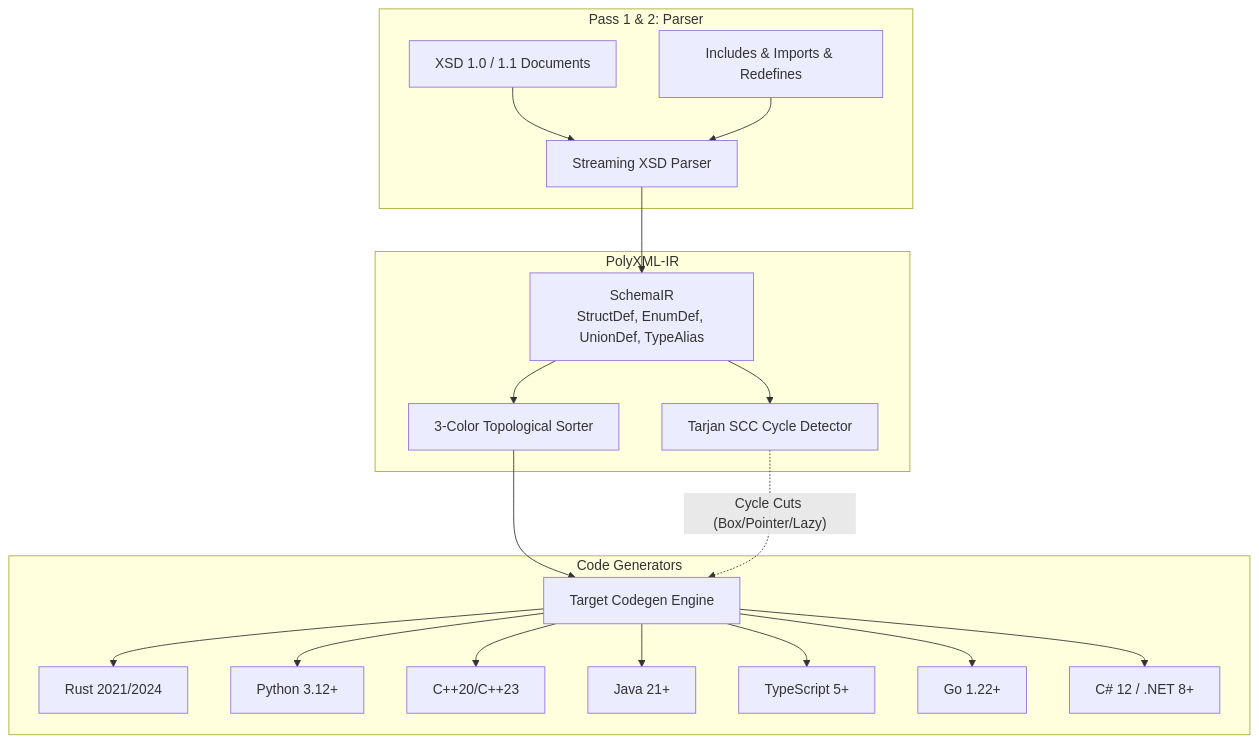
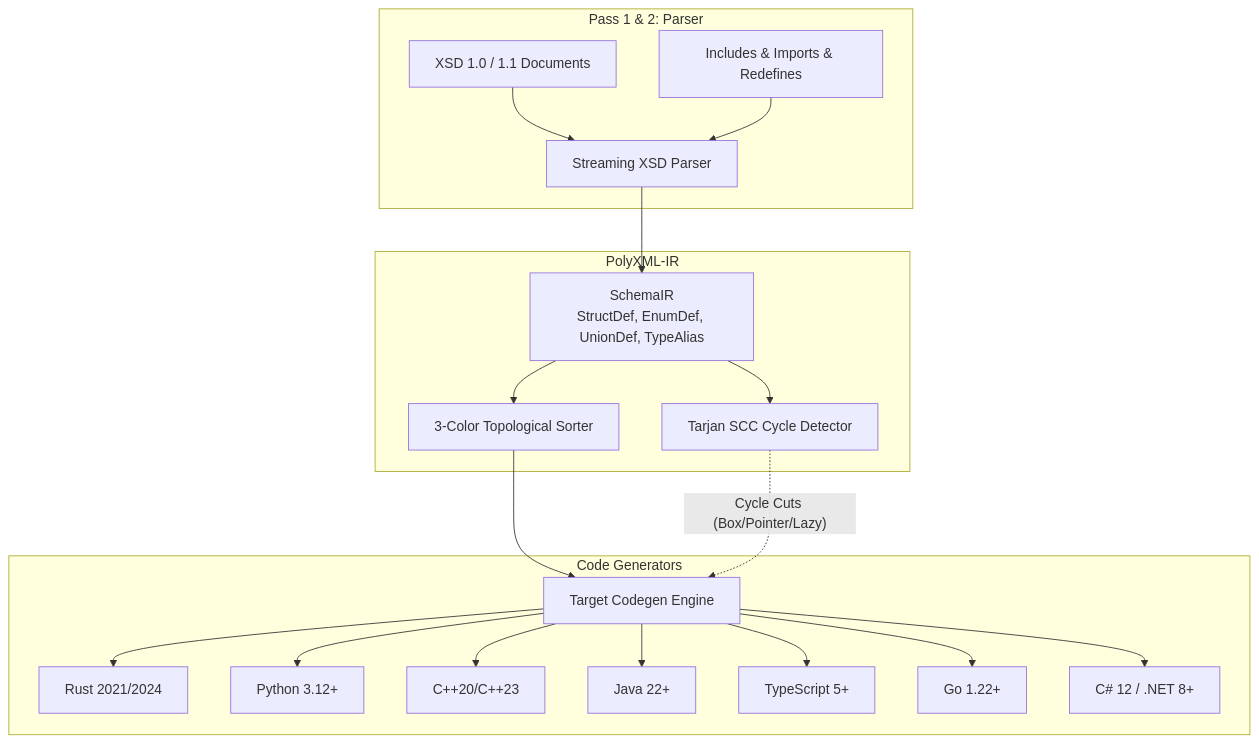
Before and after one commit to nth-bailey/PolyXML: the third of 3 diagrams in docs/architecture.md, drawn with Mermaid. The commit also changed 16 other files, not shown here.

````diff
--- a/docs/architecture.md
+++ b/docs/architecture.md
@@ -75,25 +75,25 @@
 ```mermaid
 flowchart TD
     subgraph Frontend [Pass 1 & 2: Parser]
         XSD[XSD 1.0 / 1.1 Documents] --> PARSER[Streaming XSD Parser]
         INC[Includes & Imports & Redefines] --> PARSER
     end
 
     subgraph IR [PolyXML-IR]
         PARSER --> SCHEMAS[SchemaIR<br/>StructDef, EnumDef, UnionDef, TypeAlias]
         SCHEMAS --> TOPO[3-Color Topological Sorter]
         SCHEMAS --> TARJAN[Tarjan SCC Cycle Detector]
     end
 
     subgraph Backend [Code Generators]
         TOPO --> CODEGEN[Target Codegen Engine]
         TARJAN -. Cycle Cuts (Box/Pointer/Lazy) .-> CODEGEN
         CODEGEN --> RS[Rust 2021/2024]
         CODEGEN --> PY[Python 3.12+]
         CODEGEN --> CPP[C++20/C++23]
-        CODEGEN --> JV[Java 21+]
+        CODEGEN --> JV[Java 22+]
         CODEGEN --> TS[TypeScript 5+]
         CODEGEN --> GO[Go 1.22+]
         CODEGEN --> CS[C# 12 / .NET 8+]
     end
 ```
````
